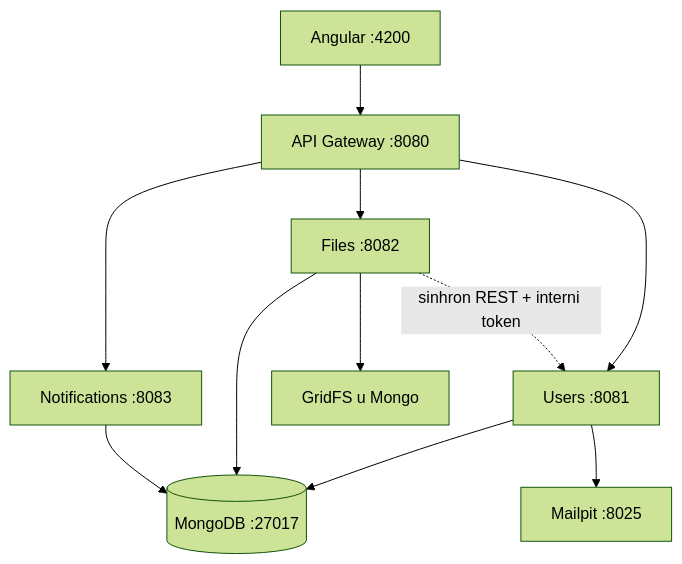
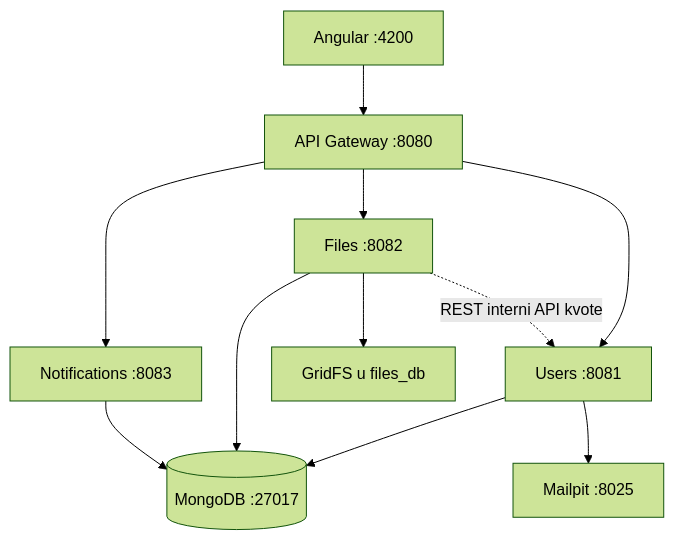
The diagram in README.md (rastko24/cloud-drive-microservices), drawn with Mermaid (forest theme) before and after one commit. The commit also changed other lines of this file and 2 other files, not shown here.

````diff
--- a/README.md
+++ b/README.md
@@ -20,21 +22,21 @@
 ```mermaid
 flowchart TB
   angular[Angular :4200]
   gateway[API Gateway :8080]
   users[Users :8081]
   files[Files :8082]
   notif[Notifications :8083]
   mailpit[Mailpit :8025]
   mongo[(MongoDB :27017)]
 
   angular --> gateway
   gateway --> users
   gateway --> files
   gateway --> notif
   users --> mongo
   files --> mongo
   notif --> mongo
-  files --> gridfs[GridFS u Mongo]
+  files --> gridfs[GridFS u files_db]
   users --> mailpit
-  files -.->|sinhron REST + interni token| users
+  files -.->|REST interni API kvote| users
 ```
````
